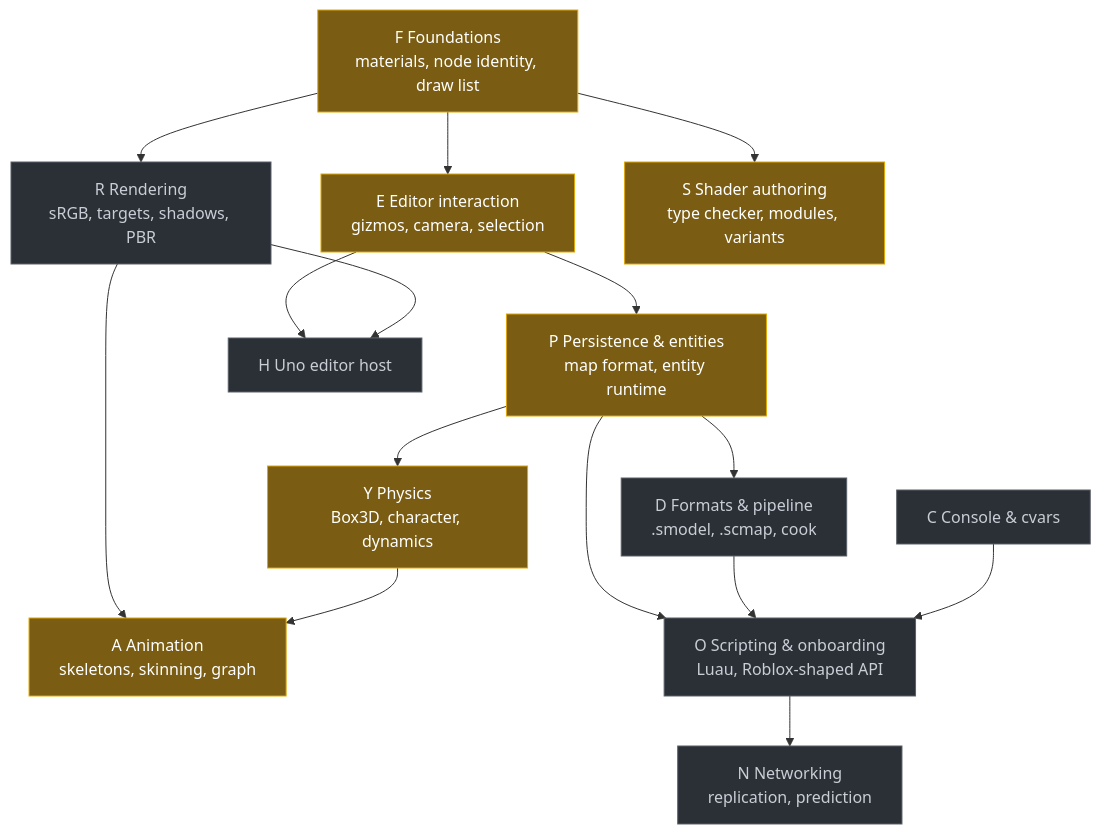
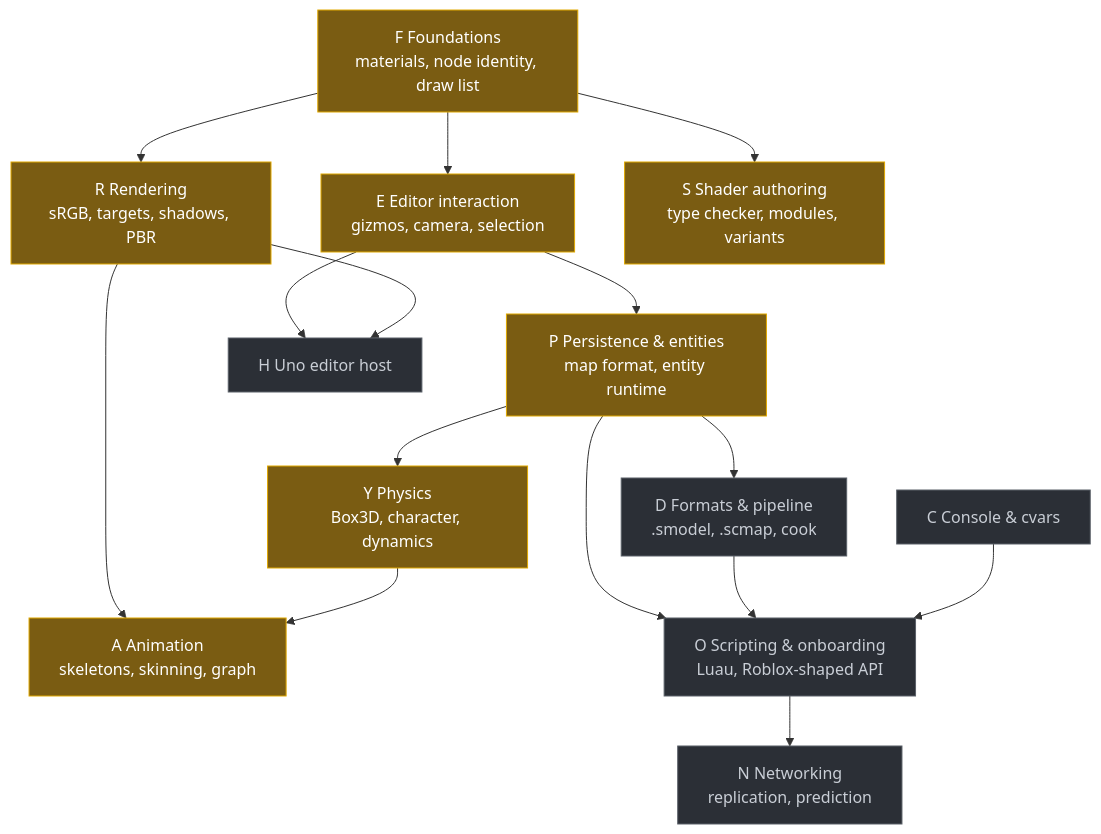
Before and after one commit to Davide244/Spectra: the first of 2 diagrams in README.md, drawn with Mermaid. The commit also changed other lines of this file and 5 other files, not shown here.

````diff
--- a/README.md
+++ b/README.md
@@ -48,36 +48,36 @@
 ```mermaid
 flowchart TD
     F["F Foundations<br/>materials, node identity, draw list"]
     E["E Editor interaction<br/>gizmos, camera, selection"]
     P["P Persistence &amp; entities<br/>map format, entity runtime"]
     R["R Rendering<br/>sRGB, targets, shadows, PBR"]
     S["S Shader authoring<br/>type checker, modules, variants"]
     Y["Y Physics<br/>Box3D, character, dynamics"]
     A["A Animation<br/>skeletons, skinning, graph"]
     D["D Formats &amp; pipeline<br/>.smodel, .scmap, cook"]
     O["O Scripting &amp; onboarding<br/>Luau, Roblox-shaped API"]
     C["C Console &amp; cvars"]
     N["N Networking<br/>replication, prediction"]
     H["H Uno editor host"]
 
     F --> E
     F --> R
     F --> S
     E --> P
     E --> H
     R --> A
     R --> H
     P --> D
     P --> O
     P --> Y
     Y --> A
     D --> O
     O --> N
     C --> O
 
     classDef partial fill:#7a5c12,stroke:#e0a800,color:#fff
     classDef planned fill:#2b2f36,stroke:#5a6068,color:#c9ced6
 
-    class F,E,P,S,Y,A partial
-    class R,D,O,C,N,H planned
+    class F,E,P,R,S,Y,A partial
+    class D,O,C,N,H planned
 ```
````
